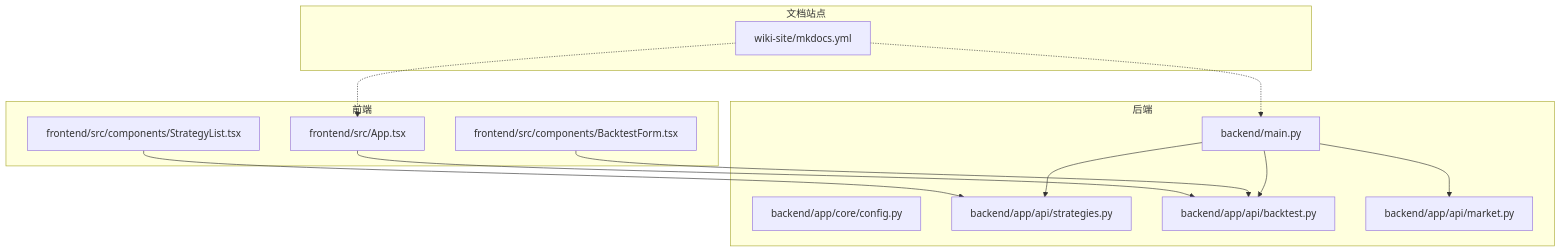
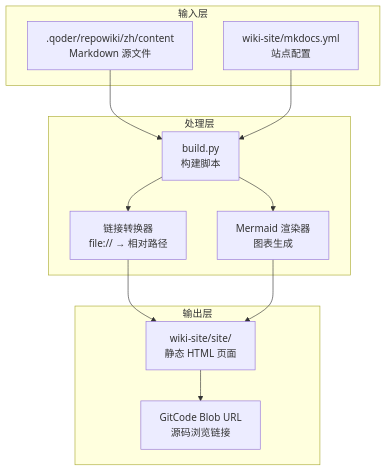
One commit to jiashaoying/quant-ai changed the first of 3 diagrams in .qoder/repowiki/zh/content/开发指南/文档站点基础设施.md. Above: the diagram before and after it, drawn with Mermaid. The commit also changed other lines of this file and 36 other files, not shown here.

````diff
--- a/.qoder/repowiki/zh/content/开发指南/文档站点基础设施.md
+++ b/.qoder/repowiki/zh/content/开发指南/文档站点基础设施.md
@@ -40,26 +41,23 @@
 ```mermaid
 graph TB
-subgraph "后端"
-BE_MAIN["backend/main.py"]
-BE_CONFIG["backend/app/core/config.py"]
-BE_API_STRATEGIES["backend/app/api/strategies.py"]
-BE_API_BACKTEST["backend/app/api/backtest.py"]
-BE_API_MARKET["backend/app/api/market.py"]
+subgraph "输入层"
+CONTENT[".qoder/repowiki/zh/content<br/>Markdown 源文件"]
+CONFIG["wiki-site/mkdocs.yml<br/>站点配置"]
 end
-subgraph "前端"
-FE_APP["frontend/src/App.tsx"]
-FE_STRATEGY_LIST["frontend/src/components/StrategyList.tsx"]
-FE_BACKTEST_FORM["frontend/src/components/BacktestForm.tsx"]
+subgraph "处理层"
+BUILD["build.py<br/>构建脚本"]
+LINKS["链接转换器<br/>file:// → 相对路径"]
+MERMAID["Mermaid 渲染器<br/>图表生成"]
 end
-subgraph "文档站点"
-MKDOCS["wiki-site/mkdocs.yml"]
+subgraph "输出层"
+SITE["wiki-site/site/<br/>静态 HTML 页面"]
+GITCODE["GitCode Blob URL<br/>源码浏览链接"]
 end
-FE_APP --> BE_API_BACKTEST
-FE_STRATEGY_LIST --> BE_API_STRATEGIES
-FE_BACKTEST_FORM --> BE_API_BACKTEST
-BE_MAIN --> BE_API_STRATEGIES
-BE_MAIN --> BE_API_BACKTEST
-BE_MAIN --> BE_API_MARKET
-MKDOCS -.-> BE_MAIN
-MKDOCS -.-> FE_APP
+CONTENT --> BUILD
+CONFIG --> BUILD
+BUILD --> LINKS
+BUILD --> MERMAID
+LINKS --> SITE
+MERMAID --> SITE
+SITE --> GITCODE
 ```
````
